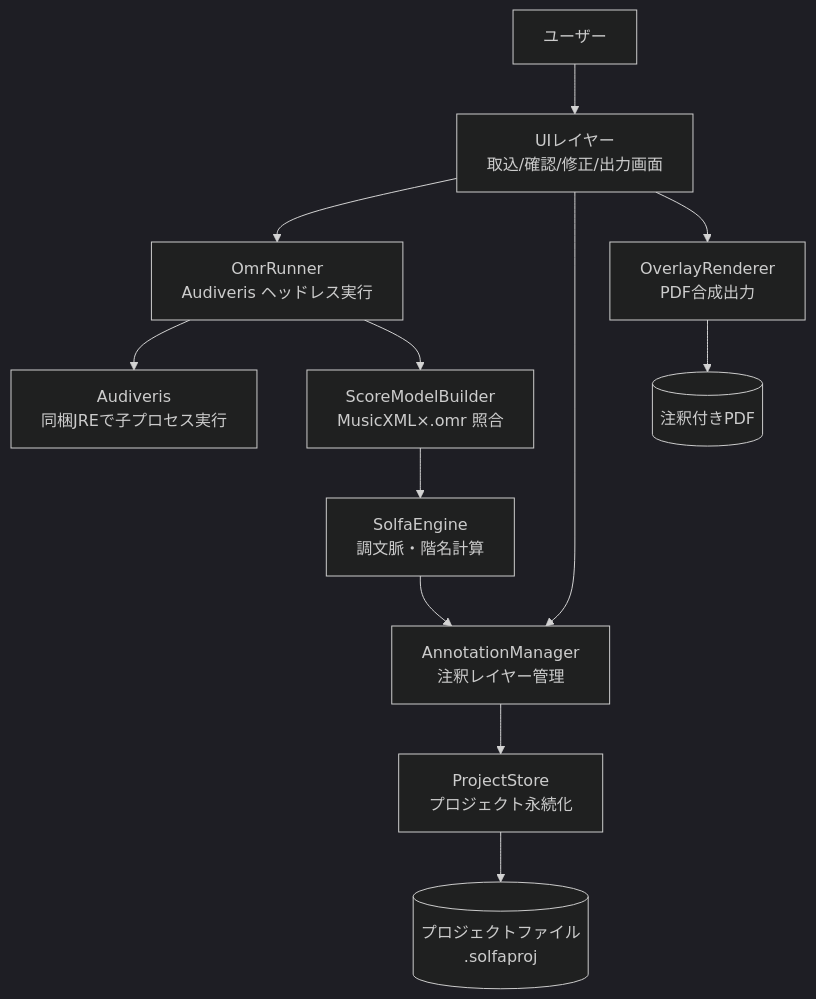
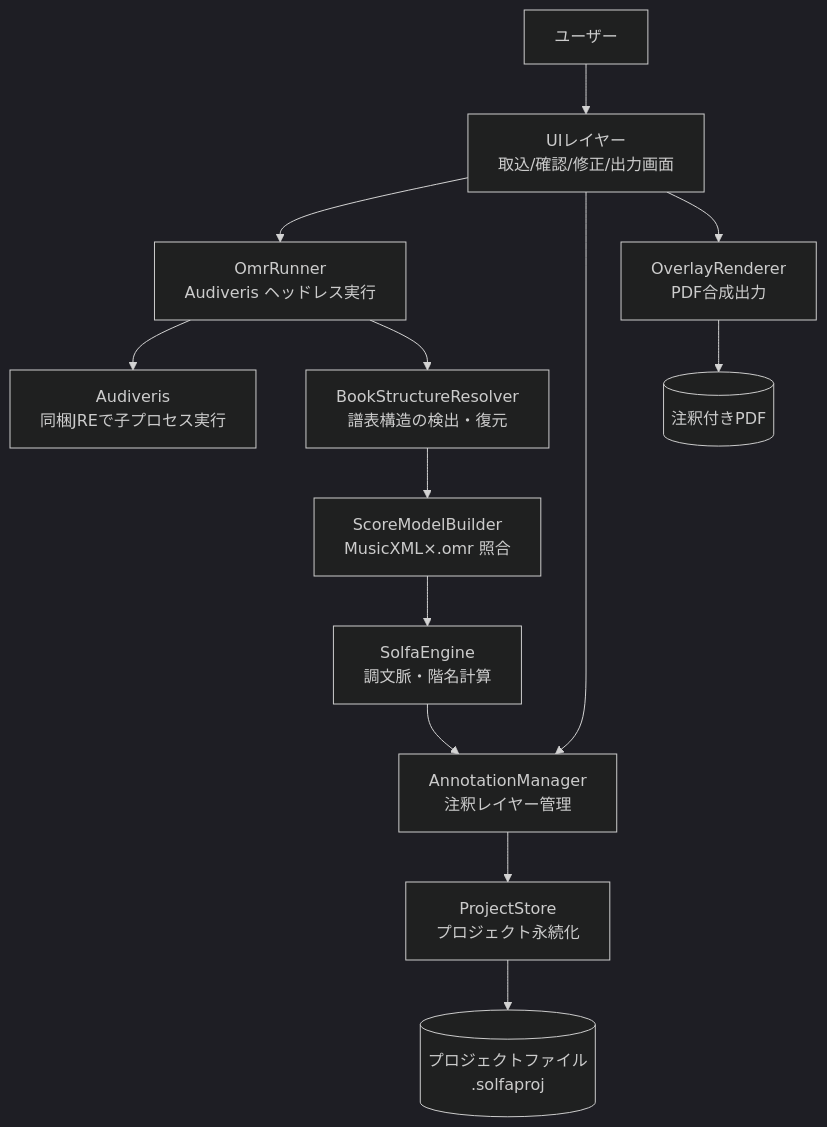
The first of 4 diagrams in docs/functional-design.md (ntnamazu/solfa-overlay), drawn with Mermaid (dark theme) before and after one commit. The commit also changed other lines of this file and 1 other file, not shown here.

````diff
--- a/docs/functional-design.md
+++ b/docs/functional-design.md
@@ -11,26 +11,28 @@
 ```mermaid
 graph TB
     User[ユーザー]
     UI[UIレイヤー<br>取込/確認/修正/出力画面]
     OmrRunner[OmrRunner<br>Audiveris ヘッドレス実行]
+    BookResolver[BookStructureResolver<br>譜表構造の検出・復元]
     ScoreBuilder[ScoreModelBuilder<br>MusicXML×.omr 照合]
     SolfaEngine[SolfaEngine<br>調文脈・階名計算]
     AnnotMgr[AnnotationManager<br>注釈レイヤー管理]
     Renderer[OverlayRenderer<br>PDF合成出力]
     Store[ProjectStore<br>プロジェクト永続化]
     Audiveris[Audiveris<br>同梱JREで子プロセス実行]
     Files[(プロジェクトファイル<br>.solfaproj)]
     OutPdf[(注釈付きPDF)]
 
     User --> UI
     UI --> OmrRunner
     UI --> AnnotMgr
     UI --> Renderer
     OmrRunner --> Audiveris
-    OmrRunner --> ScoreBuilder
+    OmrRunner --> BookResolver
+    BookResolver --> ScoreBuilder
     ScoreBuilder --> SolfaEngine
     SolfaEngine --> AnnotMgr
     AnnotMgr --> Store
     Renderer --> OutPdf
     Store --> Files
 ```
````
